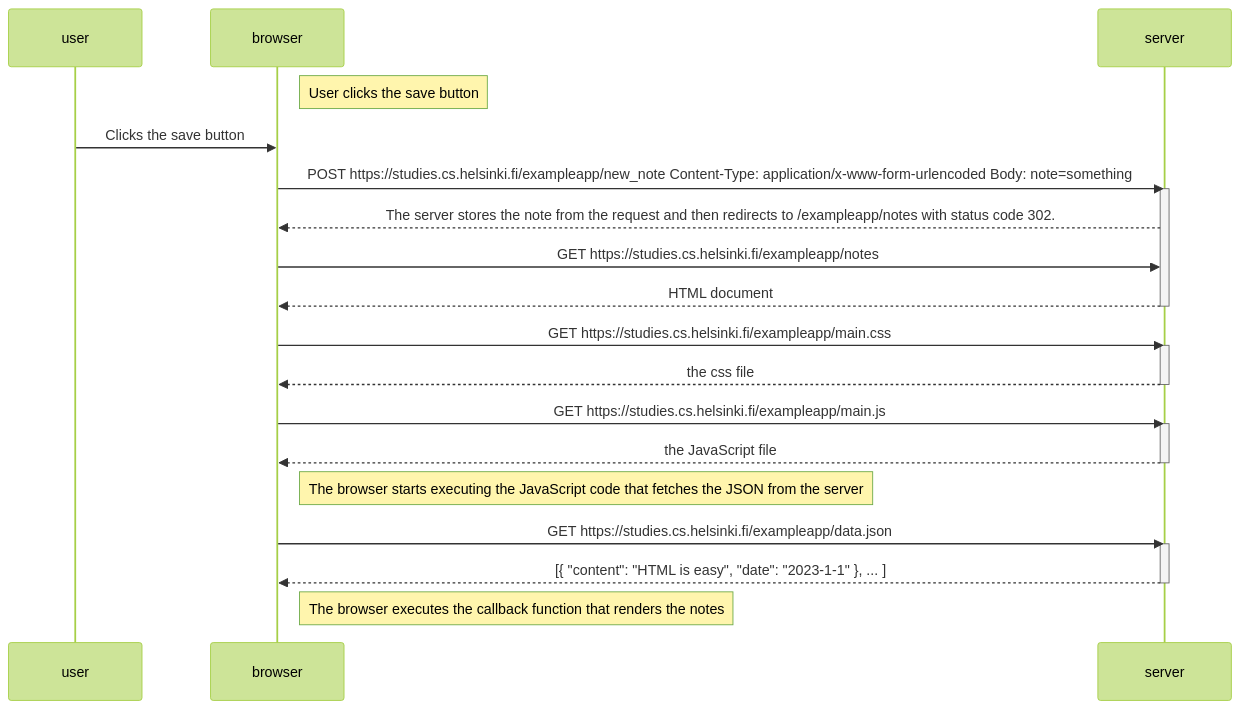
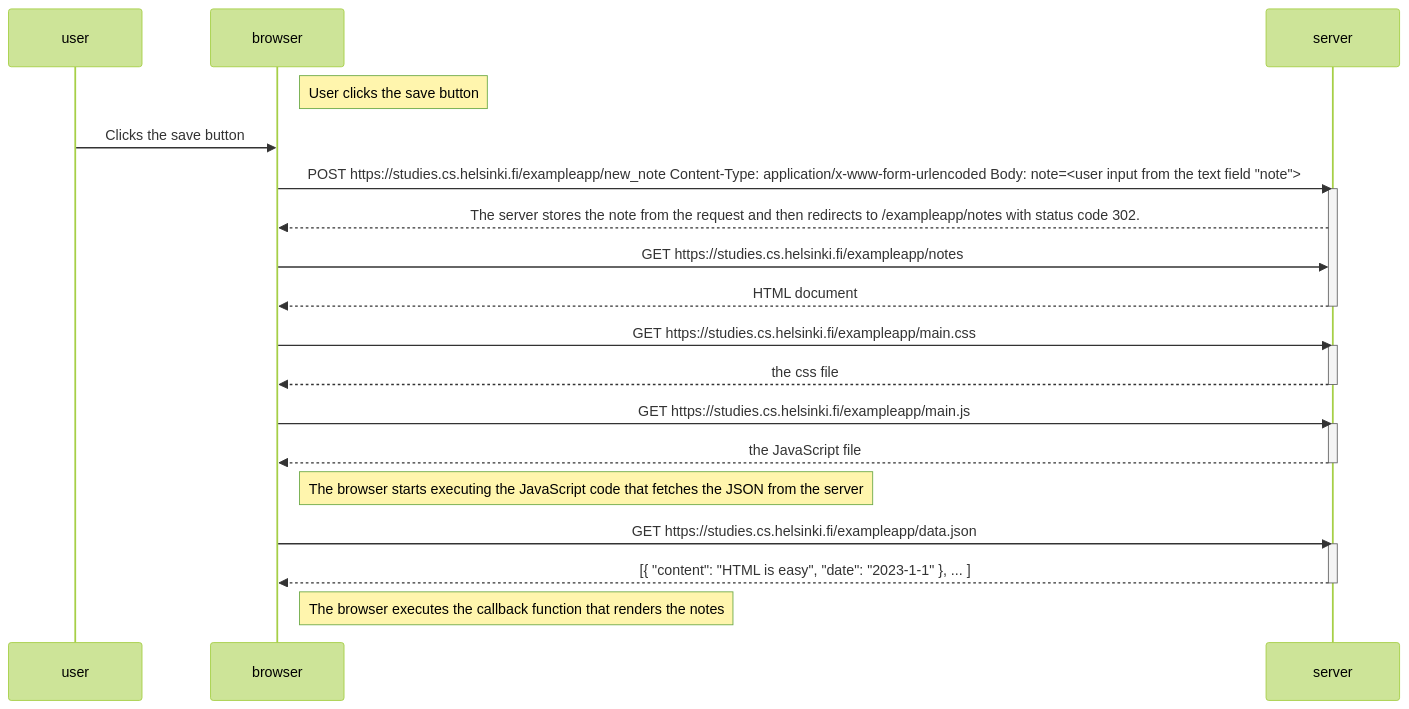
One commit to JuhKukko/fullstack-helsinki-university changed the diagram in osa0/README.md. Above: the diagram before and after it, drawn with Mermaid (forest theme).

````diff
--- a/osa0/README.md
+++ b/osa0/README.md
@@ -3,34 +3,34 @@
 ```mermaid
 sequenceDiagram
     participant user
     participant browser
     participant server
     
     Note right of browser: User clicks the save button
     user->>browser: Clicks the save button
-    browser->>server: POST https://studies.cs.helsinki.fi/exampleapp/new_note Content-Type: application/x-www-form-urlencoded Body: note=something
+    browser->>server: POST https://studies.cs.helsinki.fi/exampleapp/new_note Content-Type: application/x-www-form-urlencoded Body: note=<user input from the text field "note">
     activate server
     server-->>browser: The server stores the note from the request and then redirects to /exampleapp/notes with status code 302.
     browser->>server: GET https://studies.cs.helsinki.fi/exampleapp/notes
     server-->>browser: HTML document
     deactivate server
     
     browser->>server: GET https://studies.cs.helsinki.fi/exampleapp/main.css
     activate server
     server-->>browser: the css file
     deactivate server
     
     browser->>server: GET https://studies.cs.helsinki.fi/exampleapp/main.js
     activate server
     server-->>browser: the JavaScript file
     deactivate server
 
     Note right of browser: The browser starts executing the JavaScript code that fetches the JSON from the server
     
     browser->>server: GET https://studies.cs.helsinki.fi/exampleapp/data.json
     activate server
     server-->>browser: [{ "content": "HTML is easy", "date": "2023-1-1" }, ... ]
     deactivate server    
 
     Note right of browser: The browser executes the callback function that renders the notes 
 ```
````
